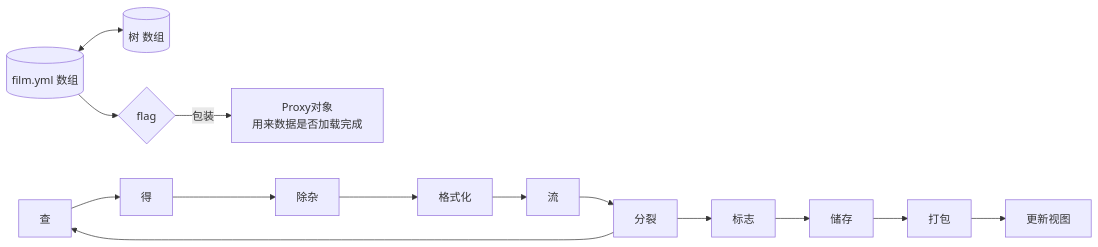
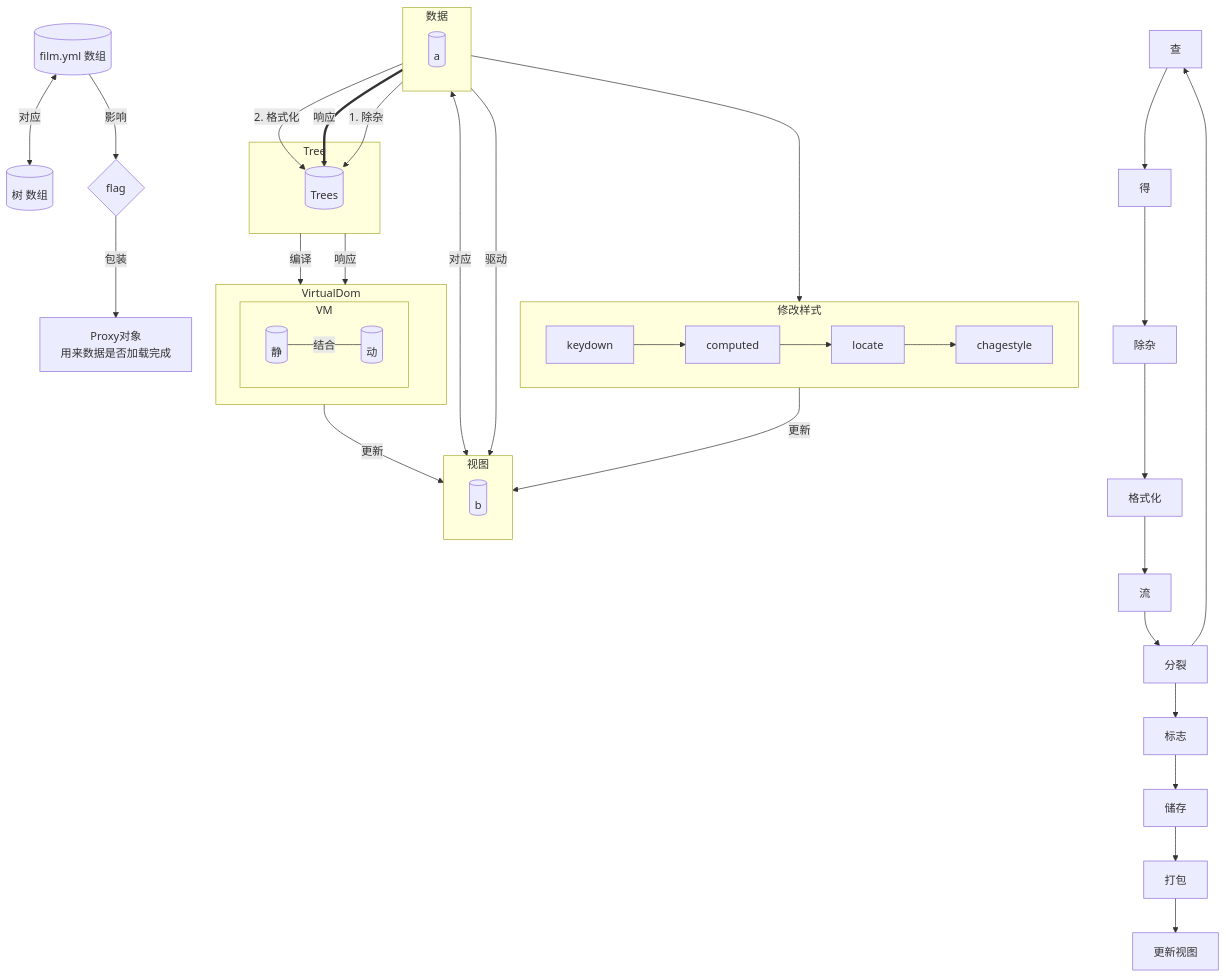
The diagram in IDEA.mmd (WingDust/Sheer), drawn with Mermaid before and after one commit. The commit also changed 7 other files, not shown here.

```diff
--- a/IDEA.mmd
+++ b/IDEA.mmd
@@ -1,14 +1,59 @@
-flowchart LR
-    1[(film.yml 数组)] <--> 2[(树 数组)]
-    1 --> 3{flag}
+flowchart TB
+    1[(film.yml 数组)] <-->|对应| 2[(树 数组)]
+    1 -->|影响| 3{flag}
     3 -->|包装| 4[Proxy对象\n用来数据是否加载完成]
     查 --> 得
     得 --> 除杂
     除杂 --> 格式化
     格式化 --> 流
     流 --> 分裂
     分裂 --> 查
     分裂 --> 标志
     标志 --> 储存
     储存 --> 打包
     打包 --> 更新视图
+
+    subgraph 数据
+        a[(a)]
+    end
+
+    subgraph 视图
+        b[(b)] 
+    end
+
+    subgraph 修改样式
+        响应键盘事件[keydown] --> 计算元素位置[computed]
+        计算元素位置 --> 查找元素[locate]
+        查找元素 --> 改动样式[chagestyle]
+    end
+
+    subgraph VirtualDom
+        VM
+    end
+
+    subgraph VM
+        static[(静)] ---|结合| dynamic[(动)]
+    end
+
+    VirtualDom --- VM
+
+    VirtualDom -->|更新| 视图
+    数据 <-->|对应| 视图
+    数据 --> 修改样式
+    数据  -->|驱动| 视图
+    修改样式  -->|更新| 视图
+
+    subgraph Tree
+        T[(Trees)]
+    end
+
+    数据 -->|2. 格式化| T
+    数据 ==>|响应| T
+    数据 -->|1. 除杂| T
+    Tree -->|编译| VirtualDom
+    Tree -->|响应| VirtualDom
+
+    %%T --> dynamic
+
+
+     %% style 6 fill:#f9f,stroke:#333,stroke-width:4px
```
